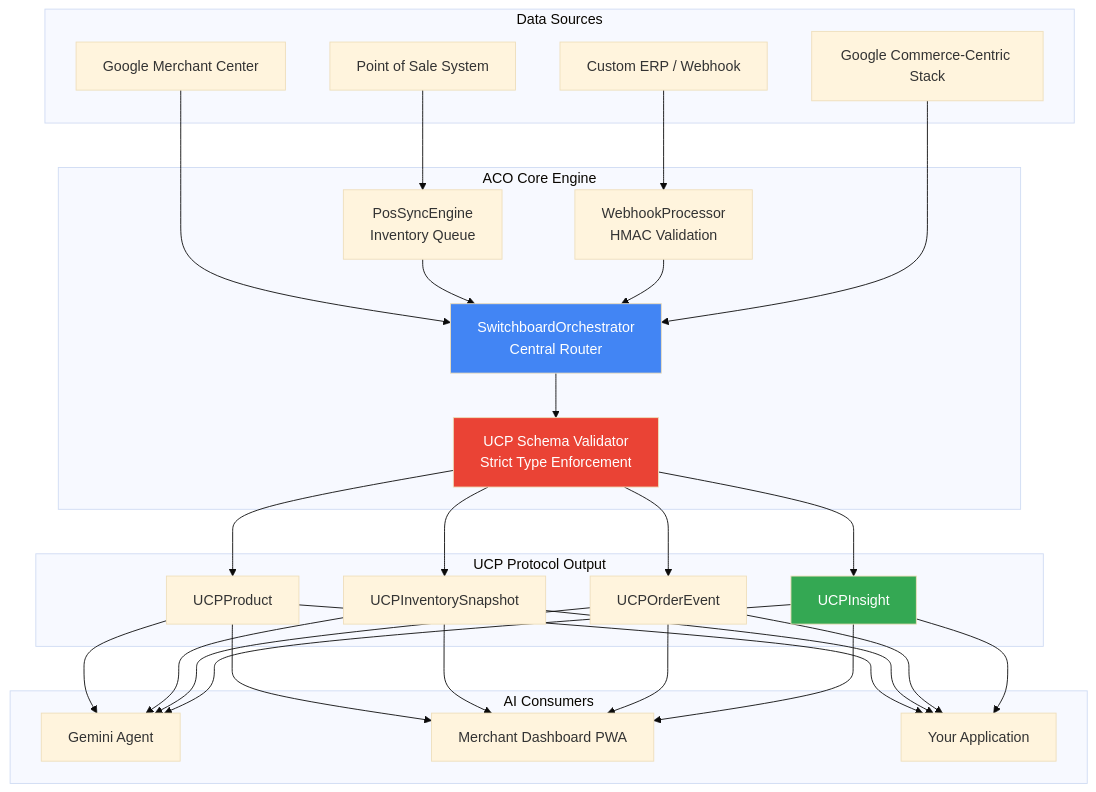
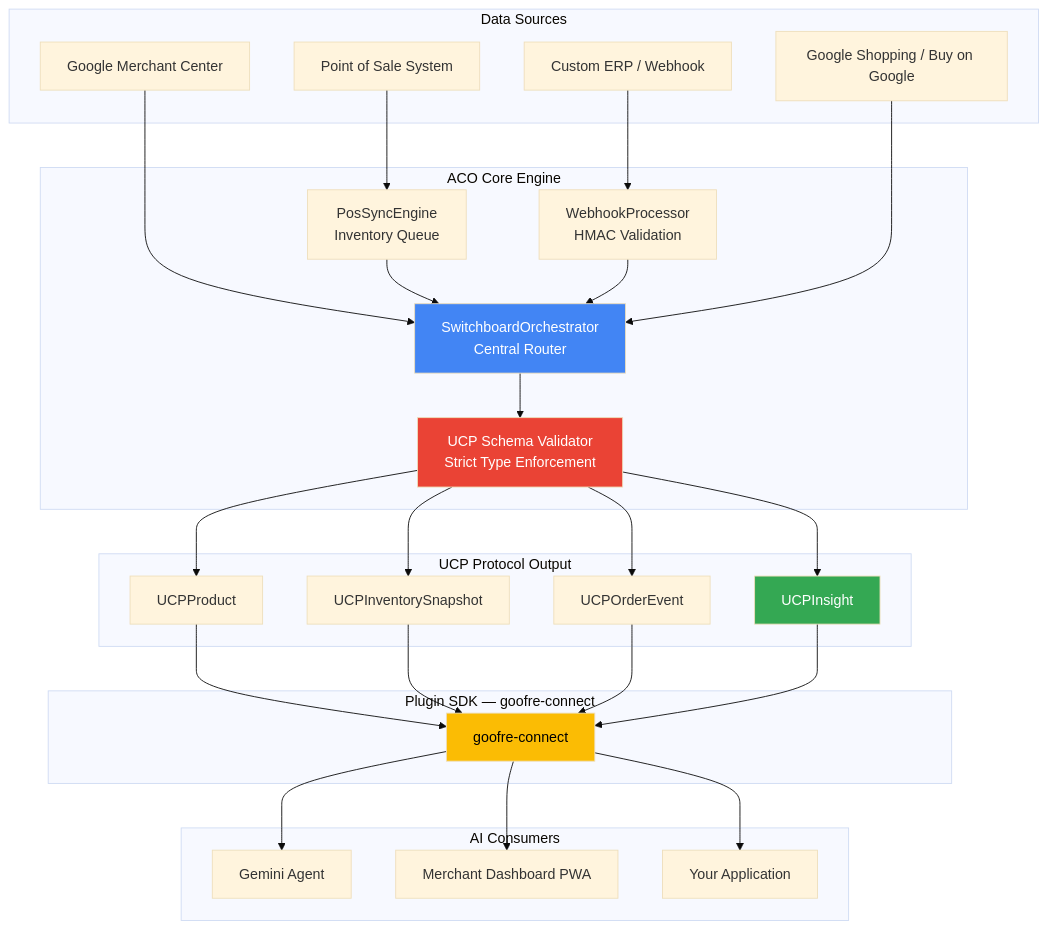
Before and after one commit to goofre-opensource/agentic_commerce_orchestrator_ACO: the diagram in README.md, drawn with Mermaid (base theme).

Commit message:
docs: update architecture diagram - fix Google node label, add goofre-connect Plugin SDK layer

````diff
--- a/README.md
+++ b/README.md
@@ -118,41 +118,47 @@
 ```mermaid
 graph TB
     subgraph "Data Sources"
         A[Google Merchant Center]
         B[Point of Sale System]
         C[Custom ERP / Webhook]
-        D[Google Commerce-Centric Stack]
+        D[Google Shopping / Buy on Google]
     end
 
     subgraph "ACO Core Engine"
         E[WebhookProcessor<br/>HMAC Validation]
         F[SwitchboardOrchestrator<br/>Central Router]
         G[PosSyncEngine<br/>Inventory Queue]
         H[UCP Schema Validator<br/>Strict Type Enforcement]
     end
 
     subgraph "UCP Protocol Output"
         I[UCPProduct]
         J[UCPInventorySnapshot]
         K[UCPOrderEvent]
         L[UCPInsight]
     end
 
+    subgraph "Plugin SDK — goofre-connect"
+        P[goofre-connect]
+    end
+
     subgraph "AI Consumers"
         M[Gemini Agent]
         N[Merchant Dashboard PWA]
         O[Your Application]
     end
 
     A --> F
     B --> G --> F
     C --> E --> F
     D --> F
     F --> H
     H --> I & J & K & L
-    I & J & K & L --> M & N & O
+    I & J & K & L --> P
+    P --> M & N & O
 
     style F fill:#4285F4,color:#fff
     style H fill:#EA4335,color:#fff
     style L fill:#34A853,color:#fff
+    style P fill:#FBBC04,color:#000
 ```
````
